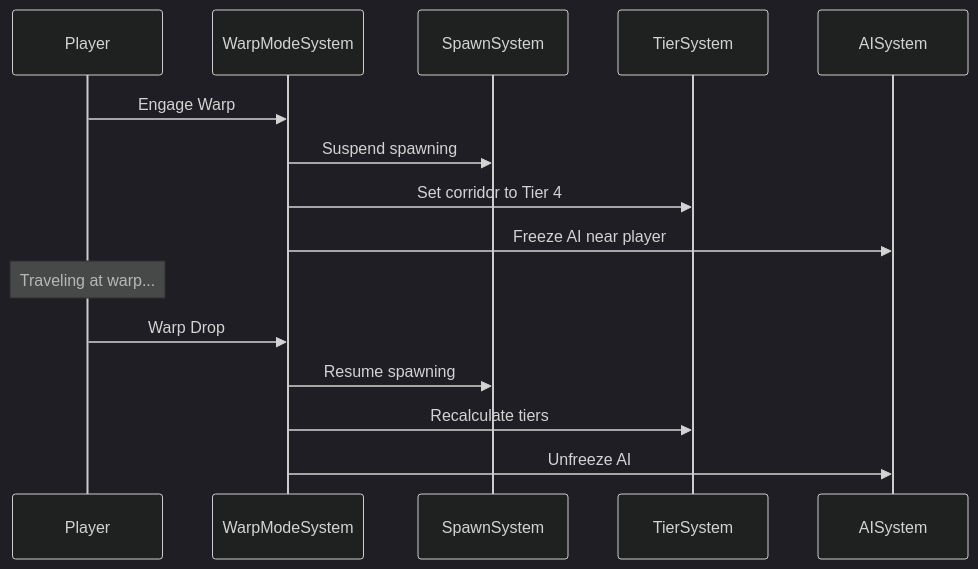
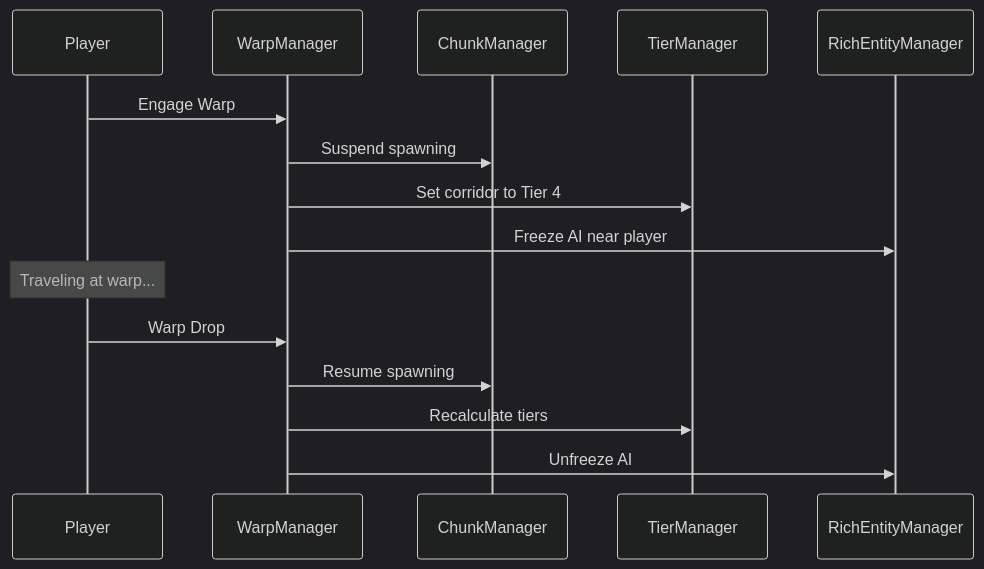
Before and after one commit to zephkelly/starfire: the sixth of 8 diagrams in .obsidian/architecture/07-warp-system.md, drawn with Mermaid (dark theme). The commit also changed other lines of this file and 27 other files, not shown here.

Commit message:
feat: update architecture docs to include modding system

````diff
--- a/.obsidian/architecture/07-warp-system.md
+++ b/.obsidian/architecture/07-warp-system.md
@@ -729,20 +613,20 @@
 ```mermaid
 sequenceDiagram
     participant Player as Player
-    participant WMS as WarpModeSystem
-    participant Spawn as SpawnSystem
-    participant Tier as TierSystem
-    participant AI as AISystem
+    participant WM as WarpManager
+    participant CM as ChunkManager
+    participant TM as TierManager
+    participant REM as RichEntityManager
 
-    Player->>WMS: Engage Warp
-    WMS->>Spawn: Suspend spawning
-    WMS->>Tier: Set corridor to Tier 4
-    WMS->>AI: Freeze AI near player
+    Player->>WM: Engage Warp
+    WM->>CM: Suspend spawning
+    WM->>TM: Set corridor to Tier 4
+    WM->>REM: Freeze AI near player
 
     Note over Player: Traveling at warp...
 
-    Player->>WMS: Warp Drop
-    WMS->>Spawn: Resume spawning
-    WMS->>Tier: Recalculate tiers
-    WMS->>AI: Unfreeze AI
+    Player->>WM: Warp Drop
+    WM->>CM: Resume spawning
+    WM->>TM: Recalculate tiers
+    WM->>REM: Unfreeze AI
 ```
````
